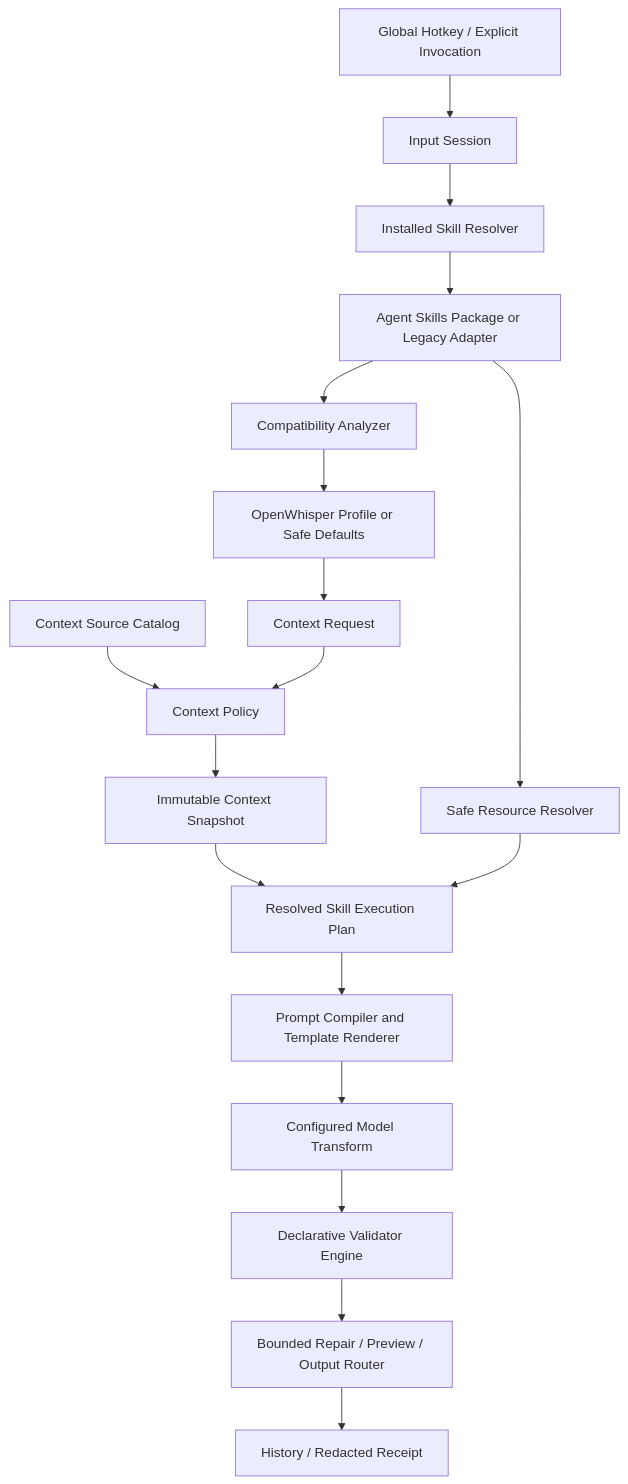
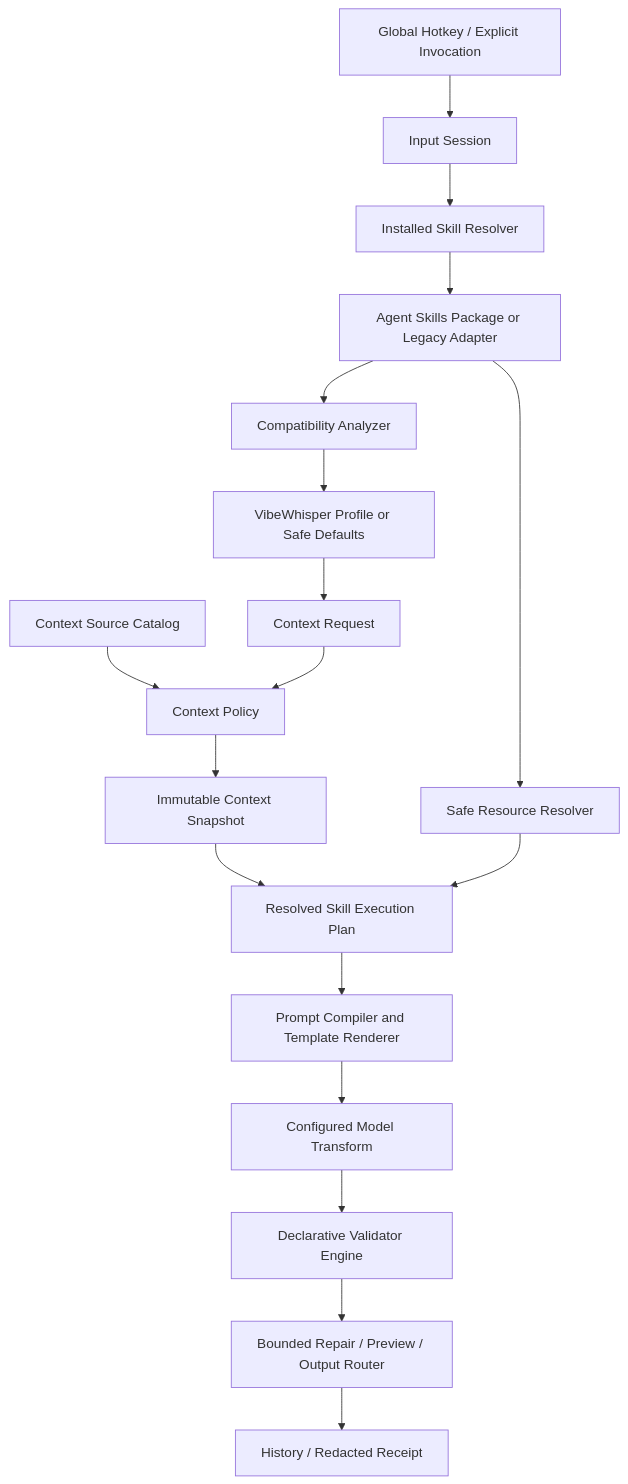
One commit to forever-ivy/VibeCompose changed the diagram in docs/product/ai-native-input-layer-plan-2026-07-14.md. Above: the diagram before and after it, drawn with Mermaid. The commit also changed other lines of this file and 34 other files, not shown here.

First line of the commit message:
docs: rebrand engineering and product documentation to VibeWhisper

````diff
--- a/docs/product/ai-native-input-layer-plan-2026-07-14.md
+++ b/docs/product/ai-native-input-layer-plan-2026-07-14.md
@@ -1790,20 +1790,20 @@
 ```mermaid
 flowchart TD
     Trigger["Global Hotkey / Explicit Invocation"] --> Session["Input Session"]
     Session --> Resolve["Installed Skill Resolver"]
     Resolve --> Load["Agent Skills Package or Legacy Adapter"]
     Load --> Compat["Compatibility Analyzer"]
-    Compat --> Profile["OpenWhisper Profile or Safe Defaults"]
+    Compat --> Profile["VibeWhisper Profile or Safe Defaults"]
     Profile --> Request["Context Request"]
     Catalog["Context Source Catalog"] --> Policy["Context Policy"]
     Request --> Policy
     Policy --> Snapshot["Immutable Context Snapshot"]
     Load --> Resources["Safe Resource Resolver"]
     Snapshot --> Plan["Resolved Skill Execution Plan"]
     Resources --> Plan
     Plan --> Compile["Prompt Compiler and Template Renderer"]
     Compile --> Transform["Configured Model Transform"]
     Transform --> Validate["Declarative Validator Engine"]
     Validate --> Output["Bounded Repair / Preview / Output Router"]
     Output --> Receipt["History / Redacted Receipt"]
 ```
````
